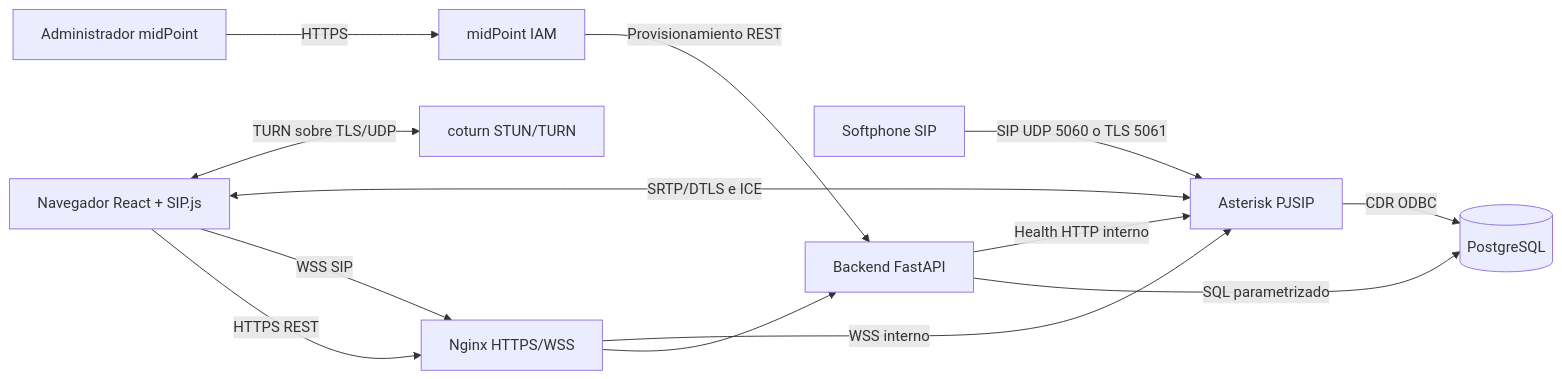
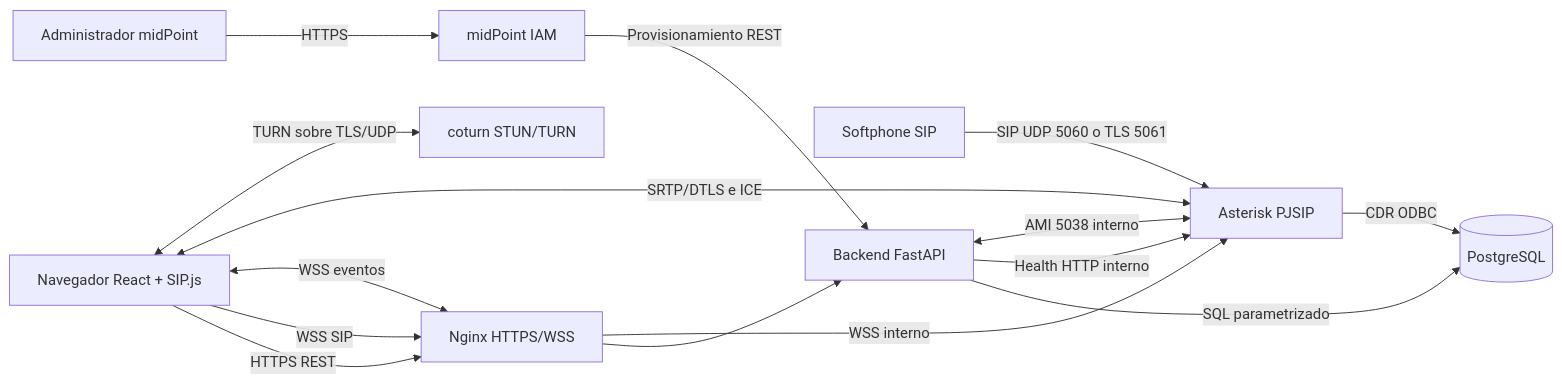
One commit to JheissonLoor/Unified_Telecom_qa_platform_utp changed the diagram in docs/architecture/architecture.md. Above: the diagram before and after it, drawn with Mermaid. The commit also changed other lines of this file and 24 other files, not shown here.

````diff
--- a/docs/architecture/architecture.md
+++ b/docs/architecture/architecture.md
@@ -13,25 +13,27 @@
 ```mermaid
 flowchart LR
     Browser["Navegador React + SIP.js"]
     Softphone["Softphone SIP"]
     Admin["Administrador midPoint"]
     Proxy["Nginx HTTPS/WSS"]
     API["Backend FastAPI"]
     PBX["Asterisk PJSIP"]
     TURN["coturn STUN/TURN"]
     IAM["midPoint IAM"]
     DB[("PostgreSQL")]
 
     Browser -->|HTTPS REST| Proxy
     Browser -->|WSS SIP| Proxy
+    Browser <-->|WSS eventos| Proxy
     Browser <-->|SRTP/DTLS e ICE| PBX
     Browser <-->|TURN sobre TLS/UDP| TURN
     Softphone -->|SIP UDP 5060 o TLS 5061| PBX
     Proxy --> API
     Proxy -->|WSS interno| PBX
     API -->|SQL parametrizado| DB
     PBX -->|CDR ODBC| DB
     API -->|Health HTTP interno| PBX
+    API <-->|AMI 5038 interno| PBX
     IAM -->|Provisionamiento REST| API
     Admin -->|HTTPS| IAM
 ```
````
